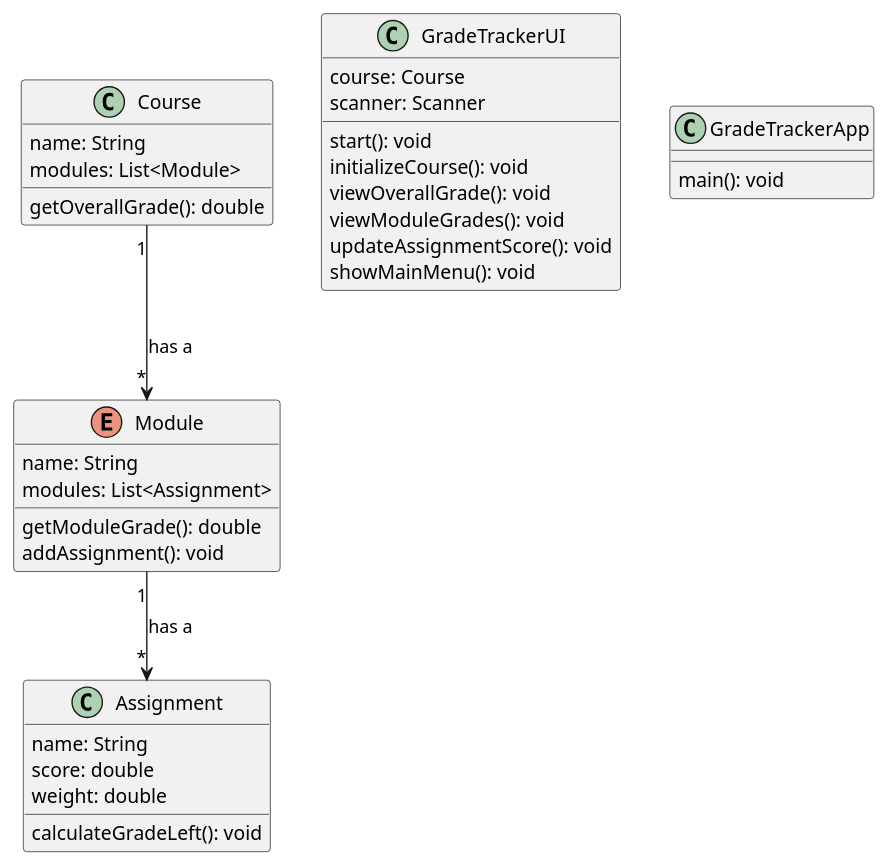
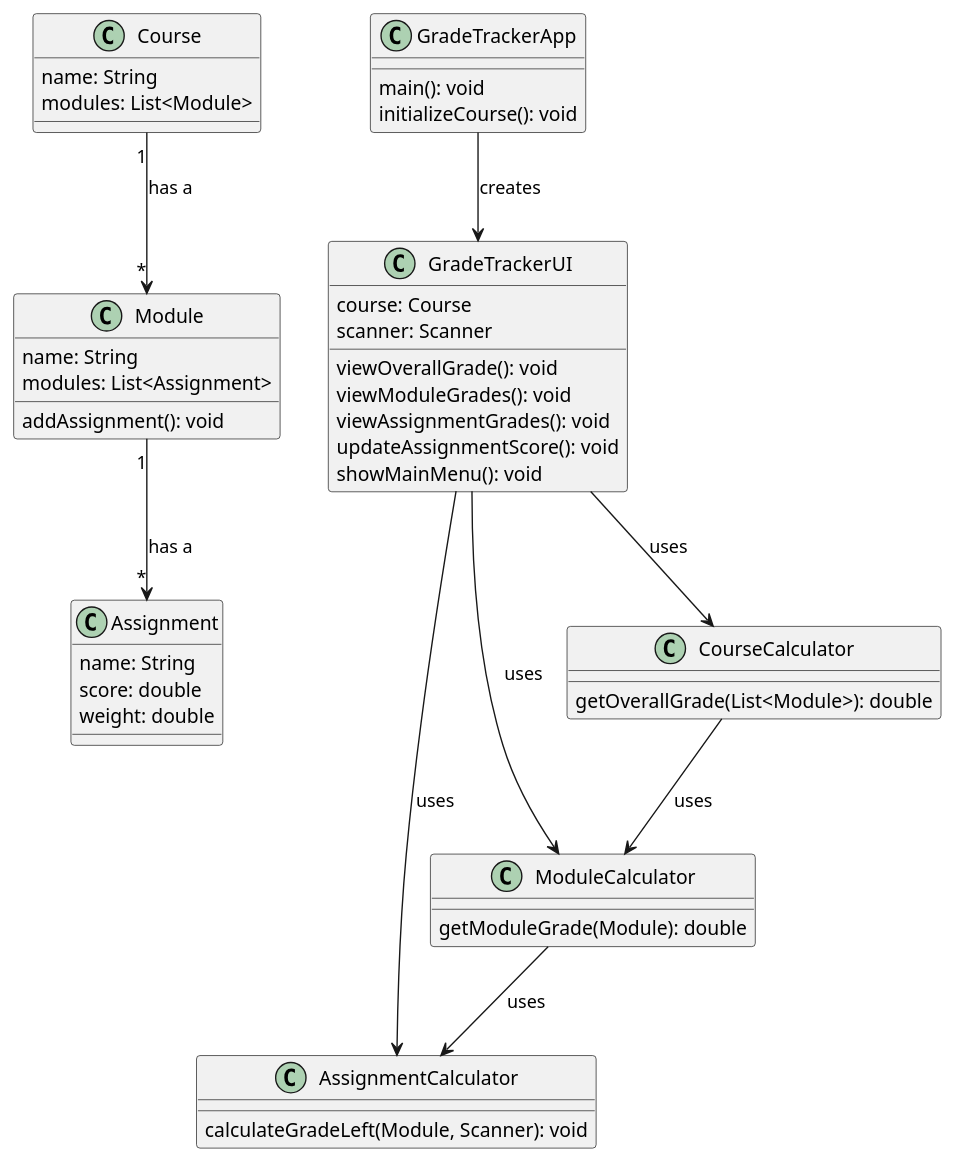
The diagram in src/UMLDiagram.puml (Clodagh-M/OOAD-StudentGradeTracker), drawn with PlantUML before and after one commit.

Commit message:
UML diagram (ALL WORKED ON)

```diff
--- a/src/UMLDiagram.puml
+++ b/src/UMLDiagram.puml
@@ -1,49 +1,63 @@
 @startuml
 'https://plantuml.com/class-diagram
 skinparam classAttributeIconSize 0
 
 class Course {
     name: String
     modules: List<Module>
-
-    getOverallGrade(): double
 }
 
-enum Module {
+class Module {
     name: String
     modules: List<Assignment>
-
-    getModuleGrade(): double
     addAssignment(): void
 }
 
 class Assignment {
     name: String
     score: double
     weight: double
-
-    calculateGradeLeft(): void
 }
 
 class GradeTrackerUI {
     course: Course
     scanner: Scanner
 
-    start(): void
-    initializeCourse(): void
     viewOverallGrade(): void
     viewModuleGrades(): void
+    viewAssignmentGrades(): void
     updateAssignmentScore(): void
     showMainMenu(): void
 }
 
+class AssignmentCalculator {
+    calculateGradeLeft(Module, Scanner): void
+}
+
+class ModuleCalculator {
+    getModuleGrade(Module): double
+}
+
+class CourseCalculator {
+    getOverallGrade(List<Module>): double
+}
+
 class GradeTrackerApp {
     main(): void
+    initializeCourse(): void
 }
 
 Course "1" --> "*" Module : has a
 Module "1" --> "*" Assignment : has a
 
+GradeTrackerUI --> CourseCalculator : uses
+GradeTrackerUI --> ModuleCalculator : uses
+GradeTrackerUI --> AssignmentCalculator : uses
+CourseCalculator --> ModuleCalculator : uses
+ModuleCalculator --> AssignmentCalculator : uses
+
+GradeTrackerApp --> GradeTrackerUI : creates
+
 
 
 @enduml
```
